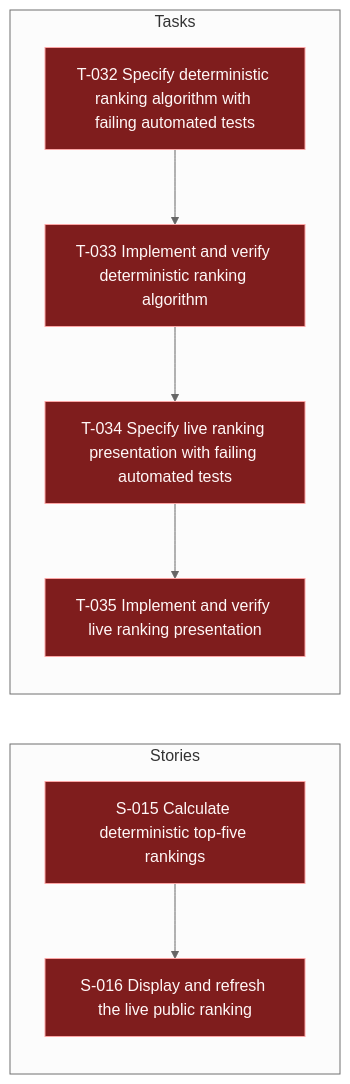
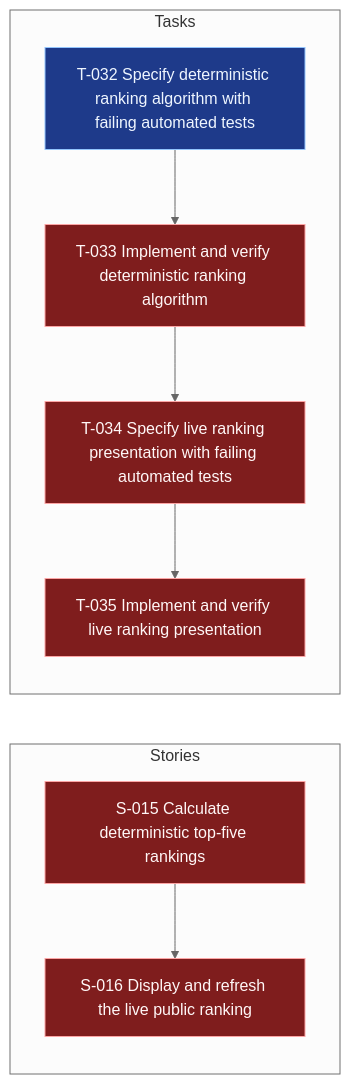
Before and after one commit to andybalham/invite-agent: the diagram in .worktracker/graphs/E-005.mmd, drawn with Mermaid (neutral theme). The commit also changed 31 other files, not shown here.

```diff
--- a/.worktracker/graphs/E-005.mmd
+++ b/.worktracker/graphs/E-005.mmd
@@ -1,26 +1,26 @@
 graph LR
   classDef done fill:#14532d,stroke:#86efac,color:#f0fdf4;
   classDef blocked fill:#7f1d1d,stroke:#fca5a5,color:#fff7f7;
   classDef inprogress fill:#78350f,stroke:#fbbf24,color:#fffbeb;
   classDef todo fill:#1e3a8a,stroke:#93c5fd,color:#eff6ff;
   classDef empty fill:#374151,stroke:#d1d5db,color:#f9fafb,stroke-dasharray: 3 3;
   subgraph Stories
     S015["S-015 Calculate deterministic top-five rankings"]:::blocked
     S016["S-016 Display and refresh the live public ranking"]:::blocked
     S015 --> S016
   end
   subgraph Tasks
-    T032["T-032 Specify deterministic ranking algorithm with failing automated tests"]:::blocked
+    T032["T-032 Specify deterministic ranking algorithm with failing automated tests"]:::todo
     T033["T-033 Implement and verify deterministic ranking algorithm"]:::blocked
     T034["T-034 Specify live ranking presentation with failing automated tests"]:::blocked
     T035["T-035 Implement and verify live ranking presentation"]:::blocked
     T032 --> T033
     T033 --> T034
     T034 --> T035
   end
   click S015 "../entities/S-015-calculate-deterministic-top-five-rankings.md"
   click S016 "../entities/S-016-display-and-refresh-the-live-public-ranking.md"
   click T032 "../entities/T-032-specify-deterministic-ranking-algorithm-with-failing-automated-tests.md"
   click T033 "../entities/T-033-implement-and-verify-deterministic-ranking-algorithm.md"
   click T034 "../entities/T-034-specify-live-ranking-presentation-with-failing-automated-tests.md"
   click T035 "../entities/T-035-implement-and-verify-live-ranking-presentation.md"
```
